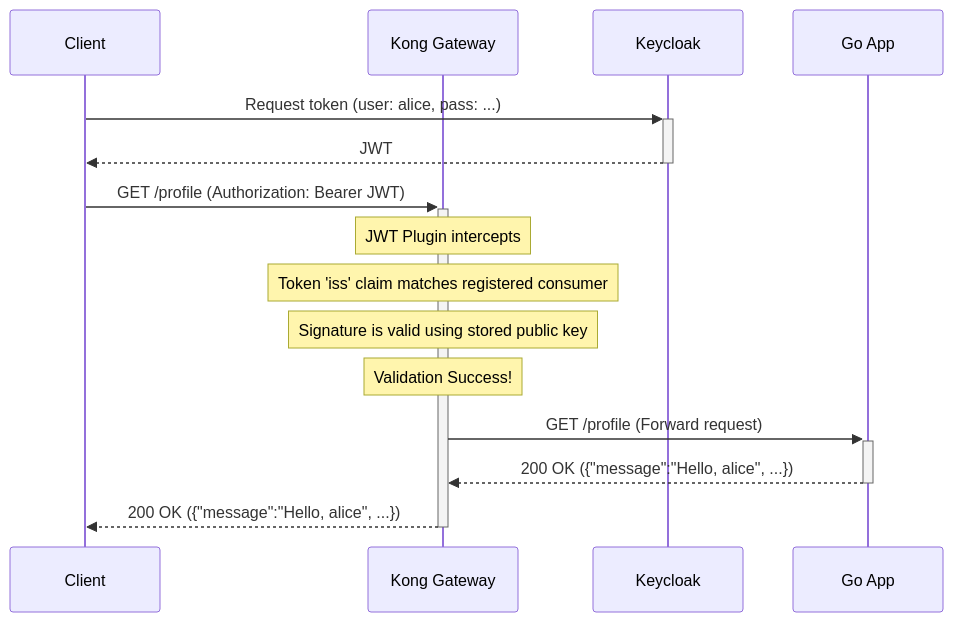
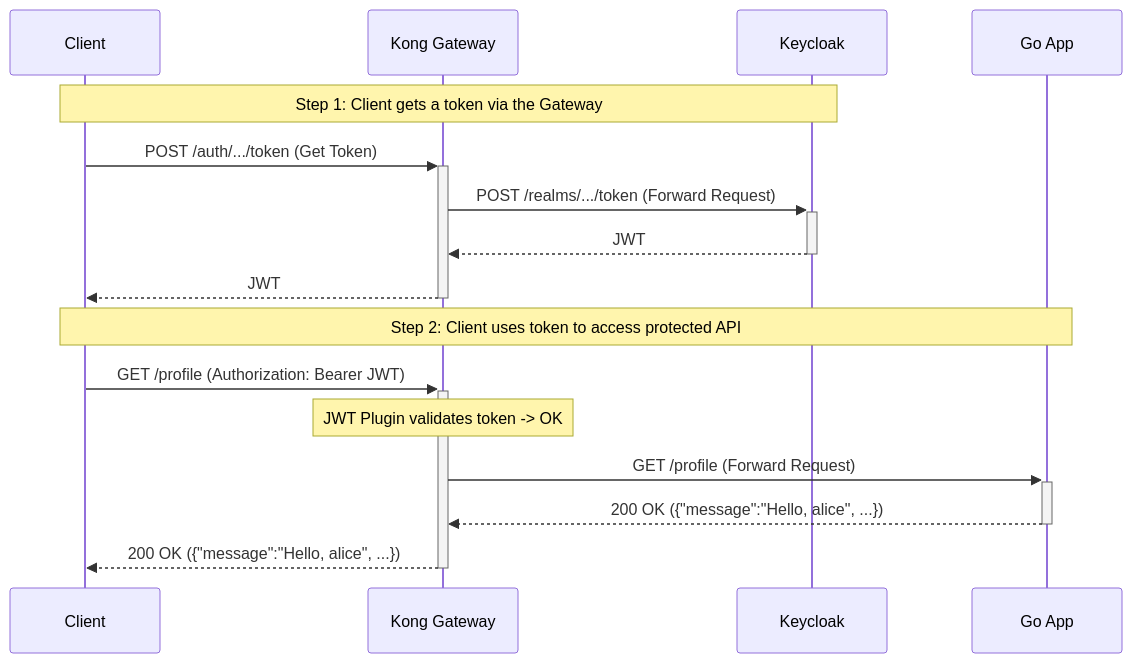
One commit to Palakorn-Voramongkol/golang-kong-keycloak changed the diagram in README.md. Above: the diagram before and after it, drawn with Mermaid. The commit also changed other lines of this file, not shown here.

````diff
--- a/README.md
+++ b/README.md
@@ -43,21 +36,22 @@
 ```mermaid
 sequenceDiagram
     participant Client
     participant Kong Gateway
     participant Keycloak
     participant Go App
 
-    Client->>+Keycloak: Request token (user: alice, pass: ...)
-    Keycloak-->>-Client: JWT
+    Note over Client, Keycloak: Step 1: Client gets a token via the Gateway
+    Client->>+Kong Gateway: POST /auth/.../token (Get Token)
+    Kong Gateway->>+Keycloak: POST /realms/.../token (Forward Request)
+    Keycloak-->>-Kong Gateway: JWT
+    Kong Gateway-->>-Client: JWT
 
+    Note over Client, Go App: Step 2: Client uses token to access protected API
     Client->>+Kong Gateway: GET /profile (Authorization: Bearer JWT)
+    
+    Note over Kong Gateway: JWT Plugin validates token -> OK
 
-    Note over Kong Gateway: JWT Plugin intercepts
-    Note over Kong Gateway: Token 'iss' claim matches registered consumer
-    Note over Kong Gateway: Signature is valid using stored public key
-    Note over Kong Gateway: Validation Success!
-
-    Kong Gateway->>+Go App: GET /profile (Forward request)
+    Kong Gateway->>+Go App: GET /profile (Forward Request)
     Go App-->>-Kong Gateway: 200 OK ({"message":"Hello, alice", ...})
     Kong Gateway-->>-Client: 200 OK ({"message":"Hello, alice", ...})
 ```
````
